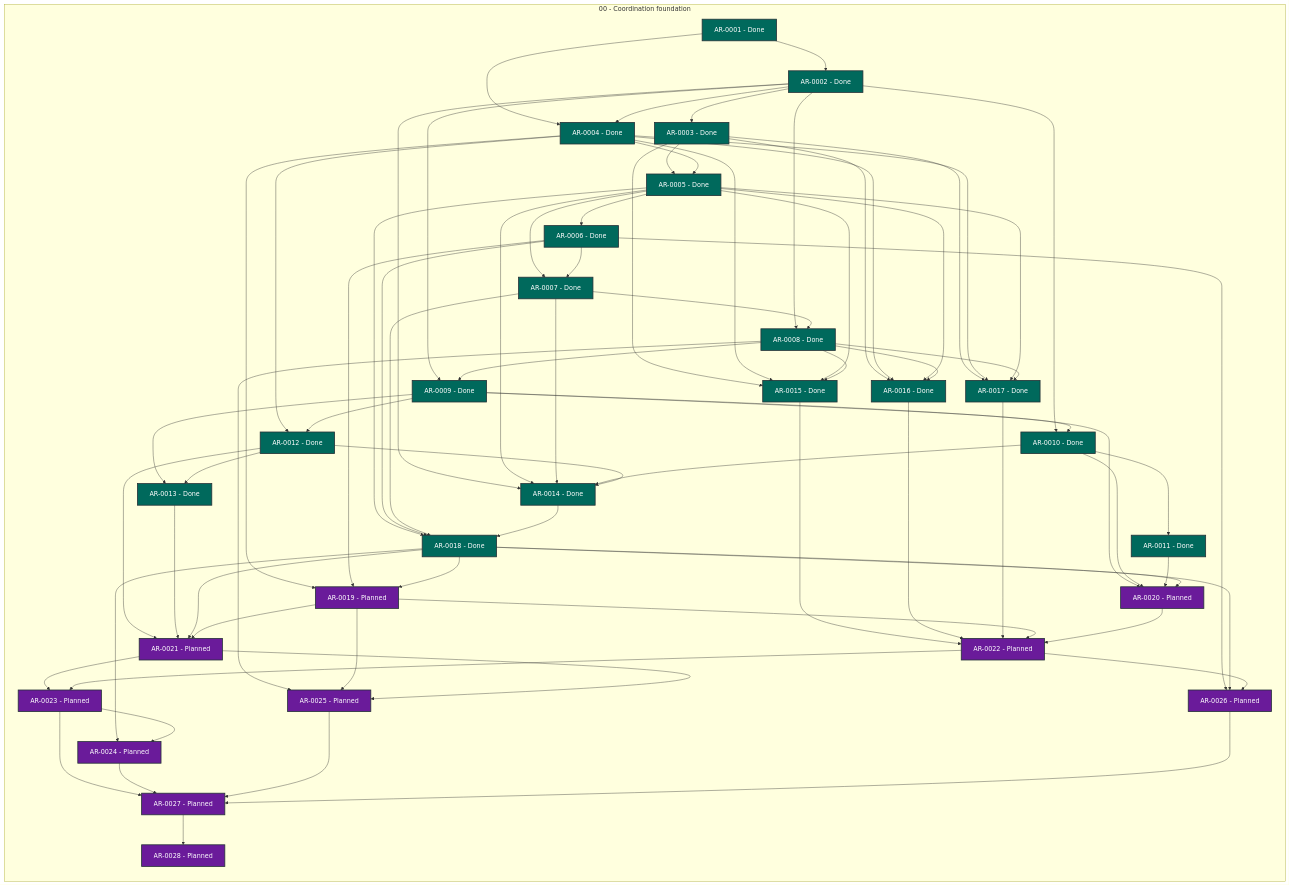
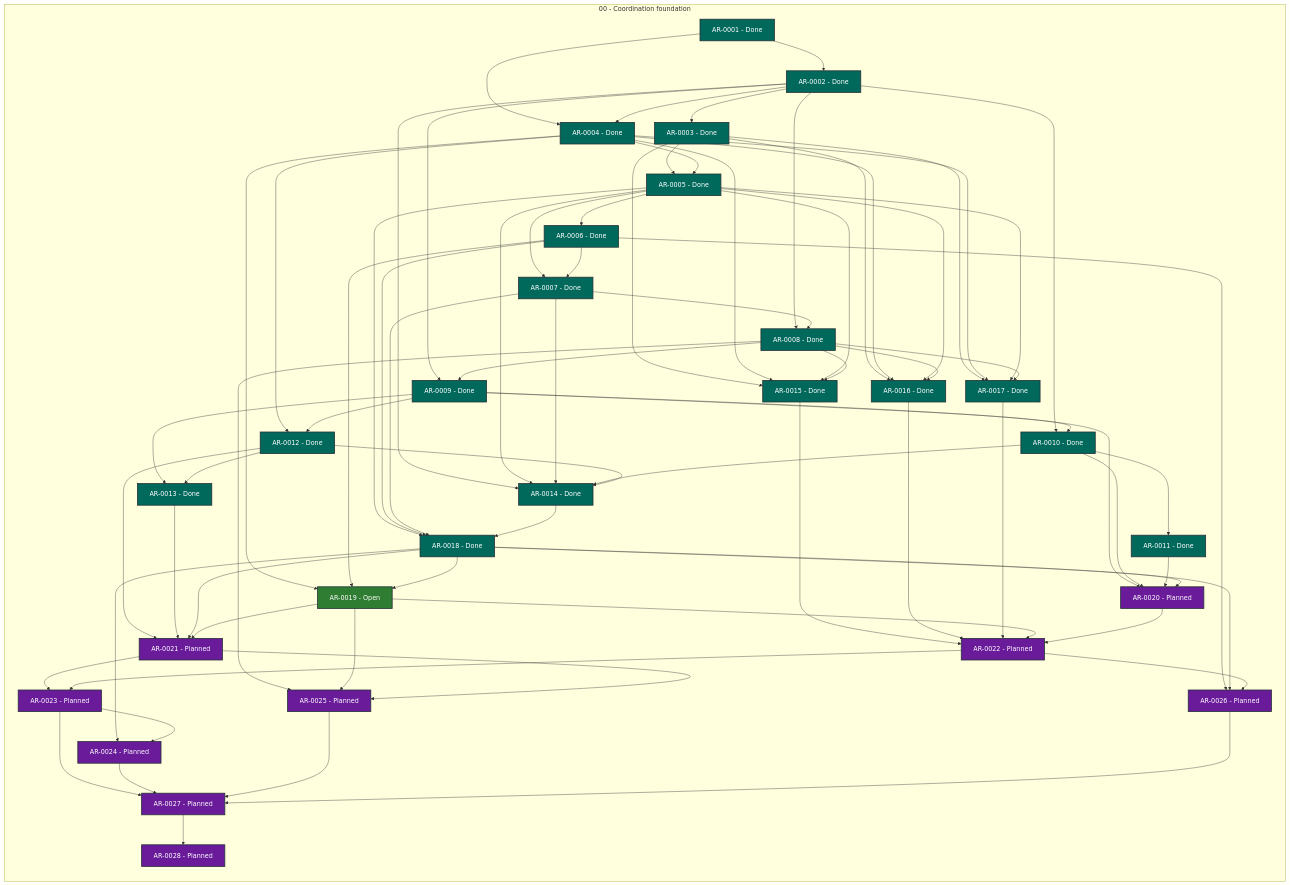
Before and after one commit to martin-beck/agent-workflow-runtime-state: the diagram in STATUS.md, drawn with Mermaid. The commit also changed other lines of this file and 2 other files, not shown here.

```diff
--- a/STATUS.md
+++ b/STATUS.md
@@ -46,7 +46,7 @@
         AR_0016["AR-0016 - Done"]:::status_done
         AR_0017["AR-0017 - Done"]:::status_done
         AR_0018["AR-0018 - Done"]:::status_done
-        AR_0019["AR-0019 - Planned"]:::status_planned
+        AR_0019["AR-0019 - Open"]:::status_open
         AR_0020["AR-0020 - Planned"]:::status_planned
         AR_0021["AR-0021 - Planned"]:::status_planned
         AR_0022["AR-0022 - Planned"]:::status_planned
```
